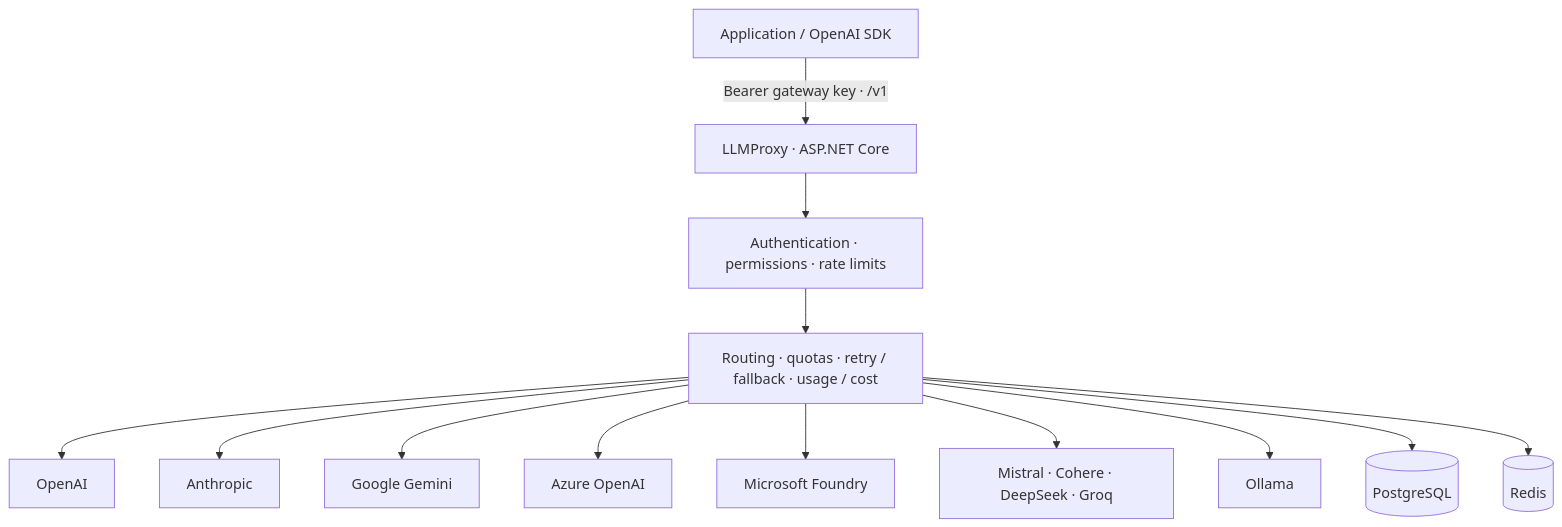
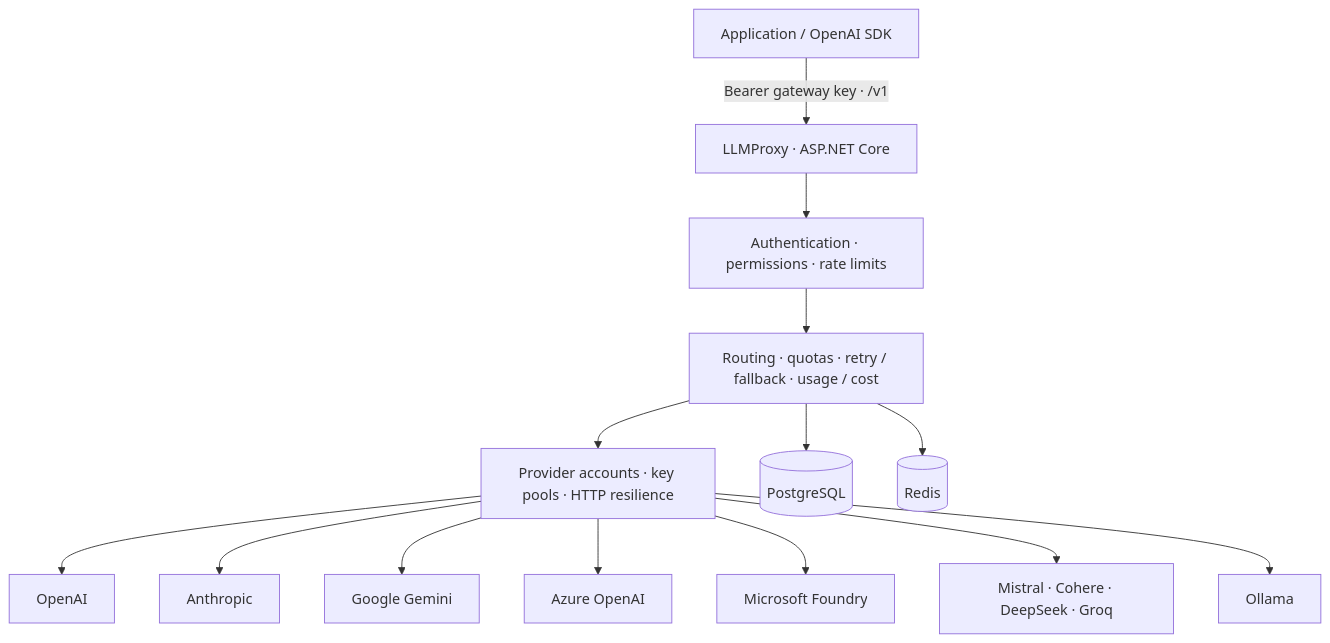
Before and after one commit to Mo7ammedd/LLMProxy: the diagram in README.md, drawn with Mermaid. The commit also changed other lines of this file and 103 other files, not shown here.

First line of the commit message:
Add production gateway features and provider key pools

````diff
--- a/README.md
+++ b/README.md
@@ -11,15 +47,16 @@
 ```mermaid
 flowchart TD
     Client[Application / OpenAI SDK] -->|Bearer gateway key · /v1| API[LLMProxy · ASP.NET Core]
     API --> Auth[Authentication · permissions · rate limits]
     Auth --> App[Routing · quotas · retry / fallback · usage / cost]
-    App --> OpenAI[OpenAI]
-    App --> Anthropic[Anthropic]
-    App --> Gemini[Google Gemini]
-    App --> Azure[Azure OpenAI]
-    App --> Foundry[Microsoft Foundry]
-    App --> More[Mistral · Cohere · DeepSeek · Groq]
-    App --> Local[Ollama]
+    App --> Pools[Provider accounts · key pools · HTTP resilience]
+    Pools --> OpenAI[OpenAI]
+    Pools --> Anthropic[Anthropic]
+    Pools --> Gemini[Google Gemini]
+    Pools --> Azure[Azure OpenAI]
+    Pools --> Foundry[Microsoft Foundry]
+    Pools --> More[Mistral · Cohere · DeepSeek · Groq]
+    Pools --> Local[Ollama]
     App --> PG[(PostgreSQL)]
     App --> Redis[(Redis)]
 ```
````
